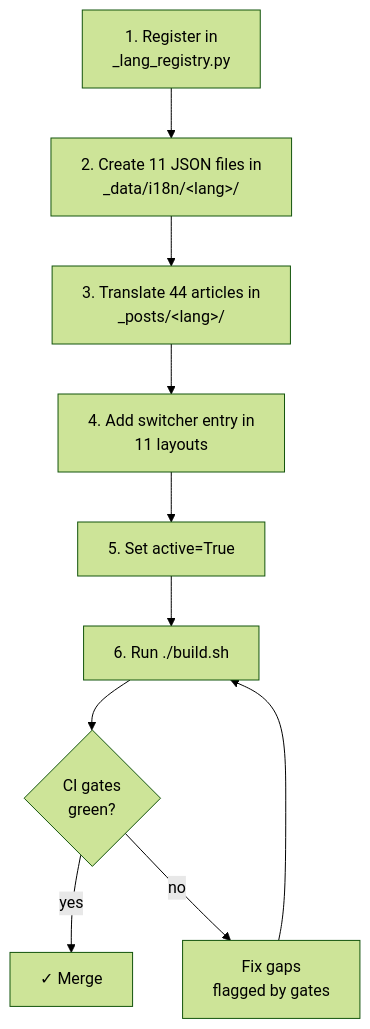
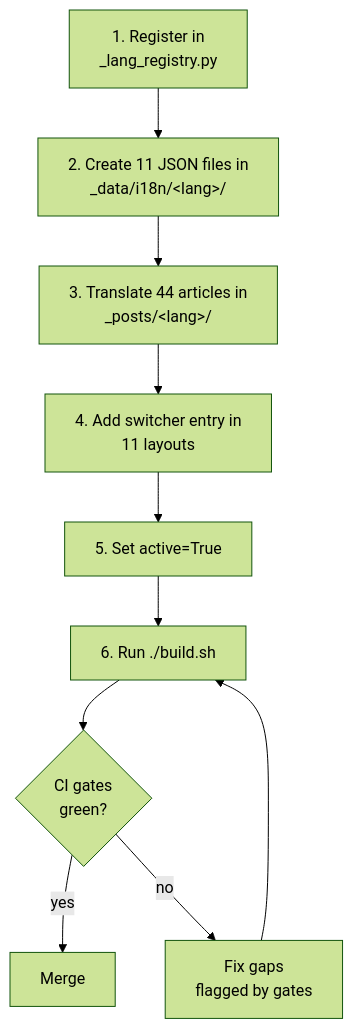
One commit to sebastienrousseau/sebastienrousseau.github.io changed the third of 3 diagrams in doc/I18N.md. Above: the diagram before and after it, drawn with Mermaid (forest theme). The commit also changed other lines of this file and 6 other files, not shown here.

First line of the commit message:
docs: rename Shokunin → Static Site Generator + strip emoji from Mermaid diagrams

````diff
--- a/doc/I18N.md
+++ b/doc/I18N.md
@@ -195,12 +195,12 @@
 ```mermaid
 flowchart TB
     A[1. Register in<br/>_lang_registry.py] --> B[2. Create 11 JSON files in<br/>_data/i18n/&lt;lang&gt;/]
     B --> C[3. Translate 44 articles in<br/>_posts/&lt;lang&gt;/]
     C --> D[4. Add switcher entry in<br/>11 layouts]
     D --> E[5. Set active=True]
     E --> F[6. Run ./build.sh]
     F --> G{CI gates<br/>green?}
-    G -->|yes| MERGE[✓ Merge]
+    G -->|yes| MERGE[Merge]
     G -->|no| FIX[Fix gaps<br/>flagged by gates]
     FIX --> F
 ```
````
